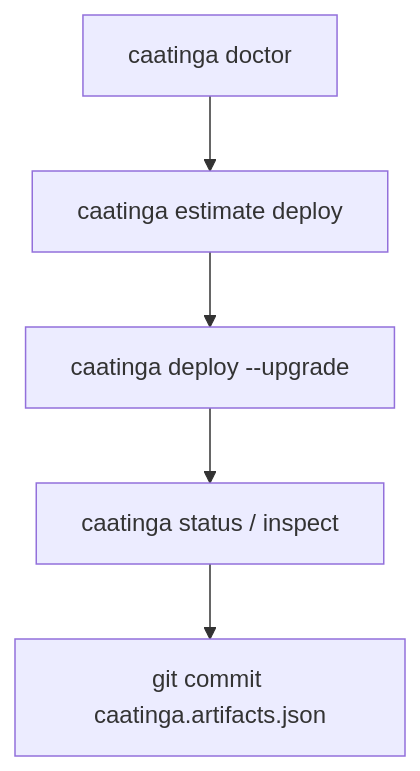
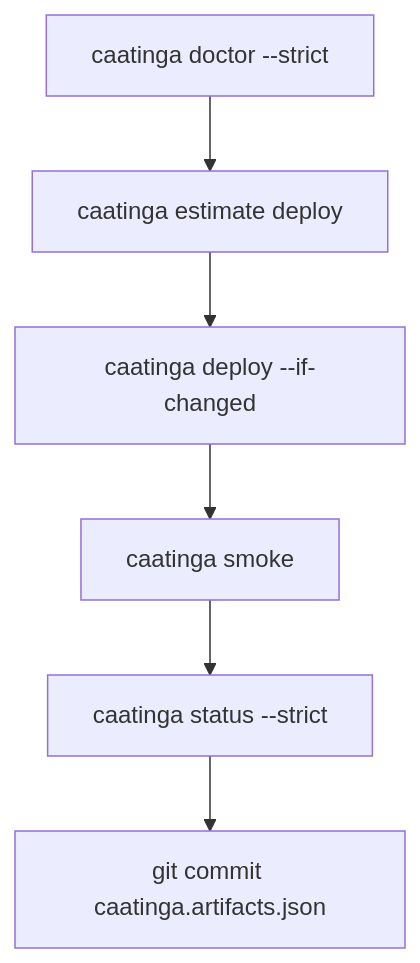
The diagram in docs/production-readiness.md (Dione-b/caatinga), drawn with Mermaid before and after one commit. The commit also changed other lines of this file and 15 other files, not shown here.

````diff
--- a/docs/production-readiness.md
+++ b/docs/production-readiness.md
@@ -55,13 +60,15 @@
 ```mermaid
 flowchart TD
-  doctor["caatinga doctor"]
+  doctor["caatinga doctor --strict"]
+  smoke["caatinga smoke"]
   estimate["caatinga estimate deploy"]
-  deploy["caatinga deploy --upgrade"]
-  status["caatinga status / inspect"]
+  deploy["caatinga deploy --if-changed"]
+  status["caatinga status --strict"]
   commit["git commit caatinga.artifacts.json"]
 
   doctor --> estimate
   estimate --> deploy
-  deploy --> status
+  deploy --> smoke
+  smoke --> status
   status --> commit
 ```
````
